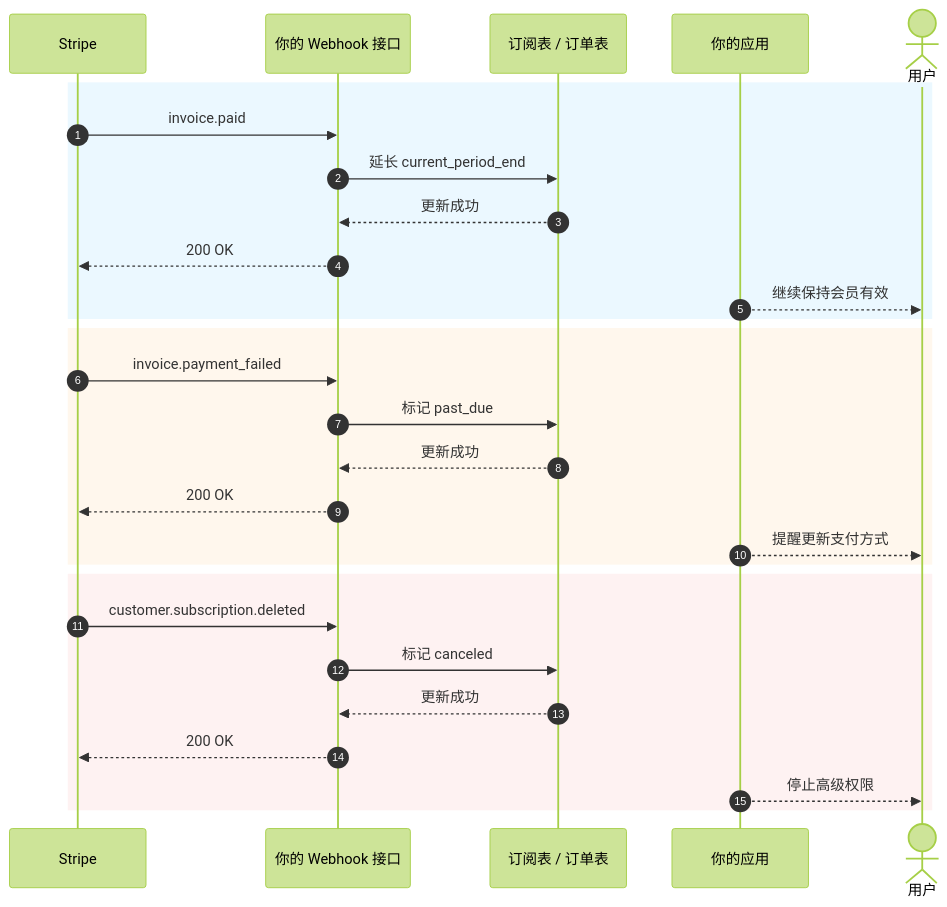
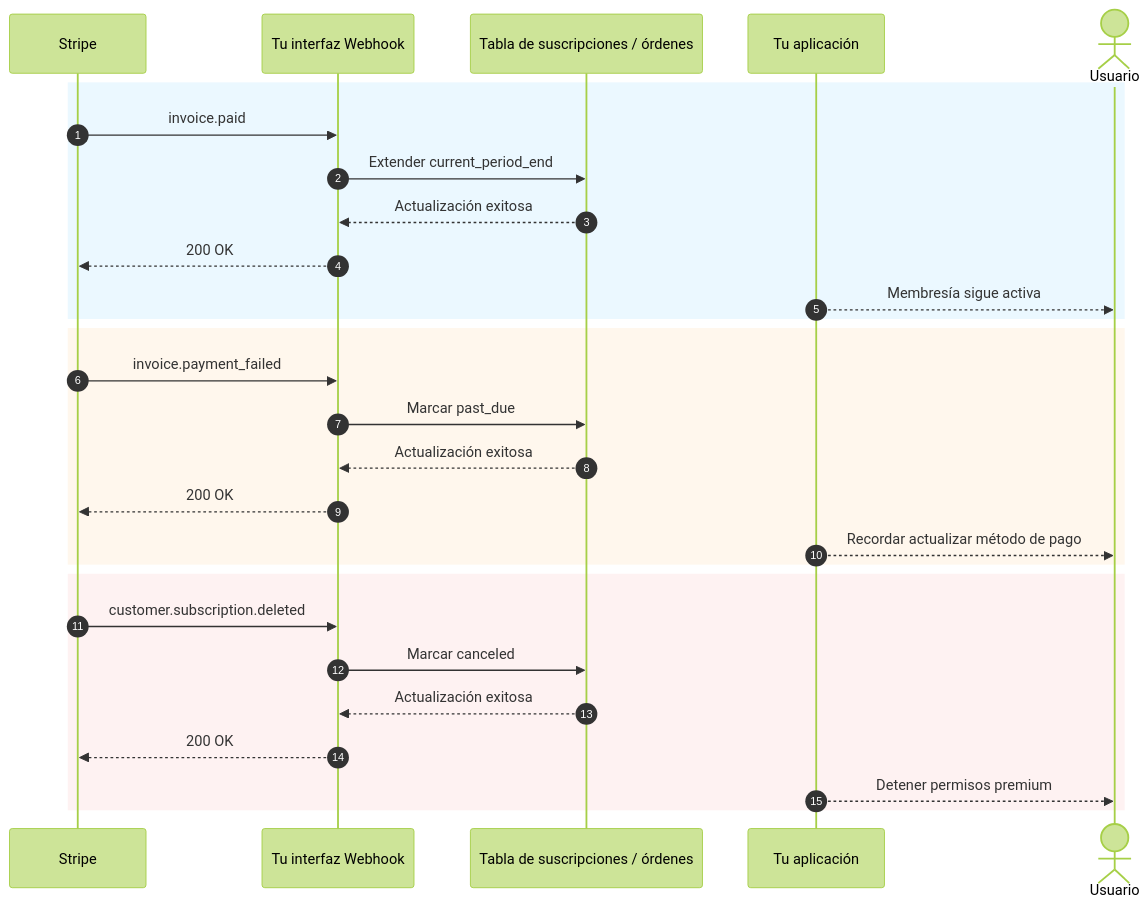
One commit to sketchymonk/easy-vibe changed the sixth of 6 diagrams in docs/es-es/stage-2/backend/stripe-payment/index.md. Above: the diagram before and after it, drawn with Mermaid (forest theme). The commit also changed other lines of this file and 59 other files, not shown here.

````diff
--- a/docs/es-es/stage-2/backend/stripe-payment/index.md
+++ b/docs/es-es/stage-2/backend/stripe-payment/index.md
@@ -692,33 +692,33 @@
 ```mermaid
 sequenceDiagram
   autonumber
   participant Stripe as Stripe
-  participant Webhook as 你的 Webhook 接口
-  participant DB as 订阅表 / 订单表
-  participant App as 你的应用
-  actor User as 用户
+  participant Webhook as Tu interfaz Webhook
+  participant DB as Tabla de suscripciones / órdenes
+  participant App as Tu aplicación
+  actor User as Usuario
 
   rect rgb(235, 248, 255)
     Stripe->>Webhook: invoice.paid
-    Webhook->>DB: 延长 current_period_end
-    DB-->>Webhook: 更新成功
+    Webhook->>DB: Extender current_period_end
+    DB-->>Webhook: Actualización exitosa
     Webhook-->>Stripe: 200 OK
-    App-->>User: 继续保持会员有效
+    App-->>User: Membresía sigue activa
   end
 
   rect rgb(255, 247, 237)
     Stripe->>Webhook: invoice.payment_failed
-    Webhook->>DB: 标记 past_due
-    DB-->>Webhook: 更新成功
+    Webhook->>DB: Marcar past_due
+    DB-->>Webhook: Actualización exitosa
     Webhook-->>Stripe: 200 OK
-    App-->>User: 提醒更新支付方式
+    App-->>User: Recordar actualizar método de pago
   end
 
   rect rgb(254, 242, 242)
     Stripe->>Webhook: customer.subscription.deleted
-    Webhook->>DB: 标记 canceled
-    DB-->>Webhook: 更新成功
+    Webhook->>DB: Marcar canceled
+    DB-->>Webhook: Actualización exitosa
     Webhook-->>Stripe: 200 OK
-    App-->>User: 停止高级权限
+    App-->>User: Detener permisos premium
   end
 ```
````
